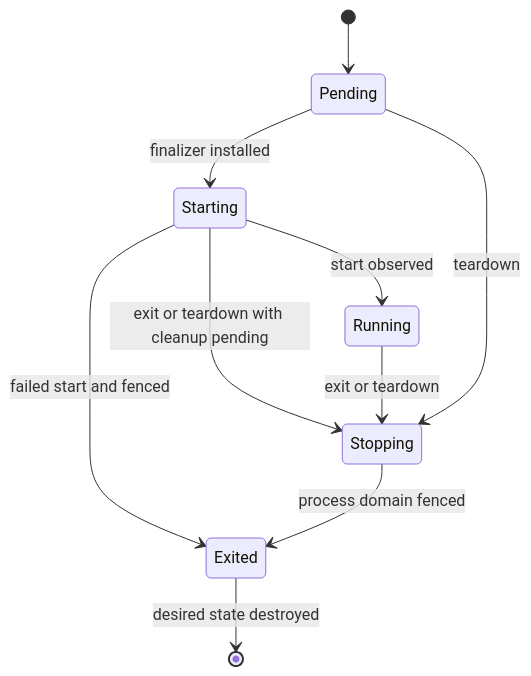
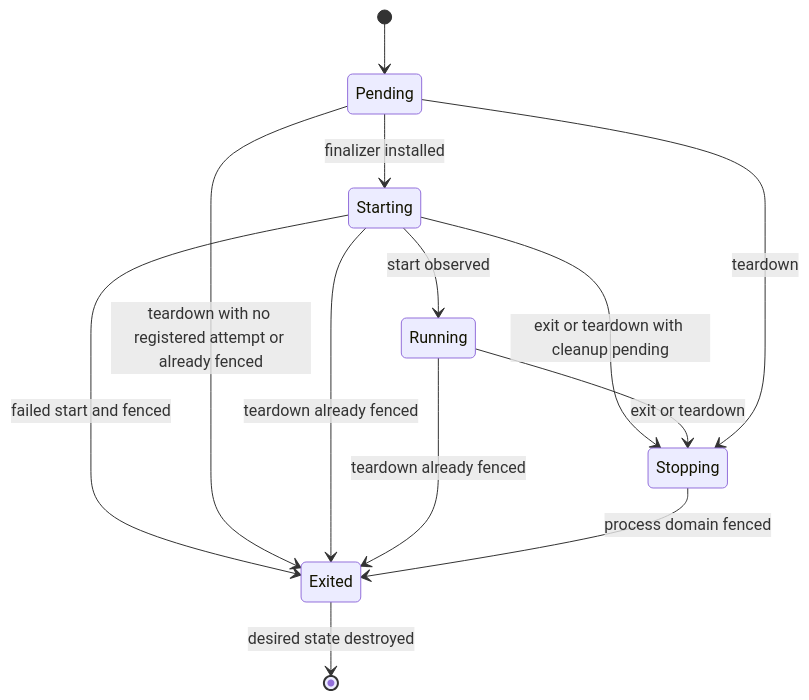
One commit to agentydragon/ducktape changed the third of 7 diagrams in agentplane/env/runtime/docs/cosi.md. Above: the diagram before and after it, drawn with Mermaid. The commit also changed other lines of this file and 1 other file, not shown here.

Commit message:
Update environment COSI lifecycle diagrams

````diff
--- a/agentplane/env/runtime/docs/cosi.md
+++ b/agentplane/env/runtime/docs/cosi.md
@@ -252,12 +254,15 @@
 ```mermaid
 stateDiagram-v2
   [*] --> Pending
   Pending --> Starting: finalizer installed
   Starting --> Running: start observed
   Starting --> Stopping: exit or teardown with cleanup pending
   Starting --> Exited: failed start and fenced
   Running --> Stopping: exit or teardown
   Pending --> Stopping: teardown
+  Pending --> Exited: teardown with no registered attempt or already fenced
+  Starting --> Exited: teardown already fenced
+  Running --> Exited: teardown already fenced
   Stopping --> Exited: process domain fenced
   Exited --> [*]: desired state destroyed
 ```
````
